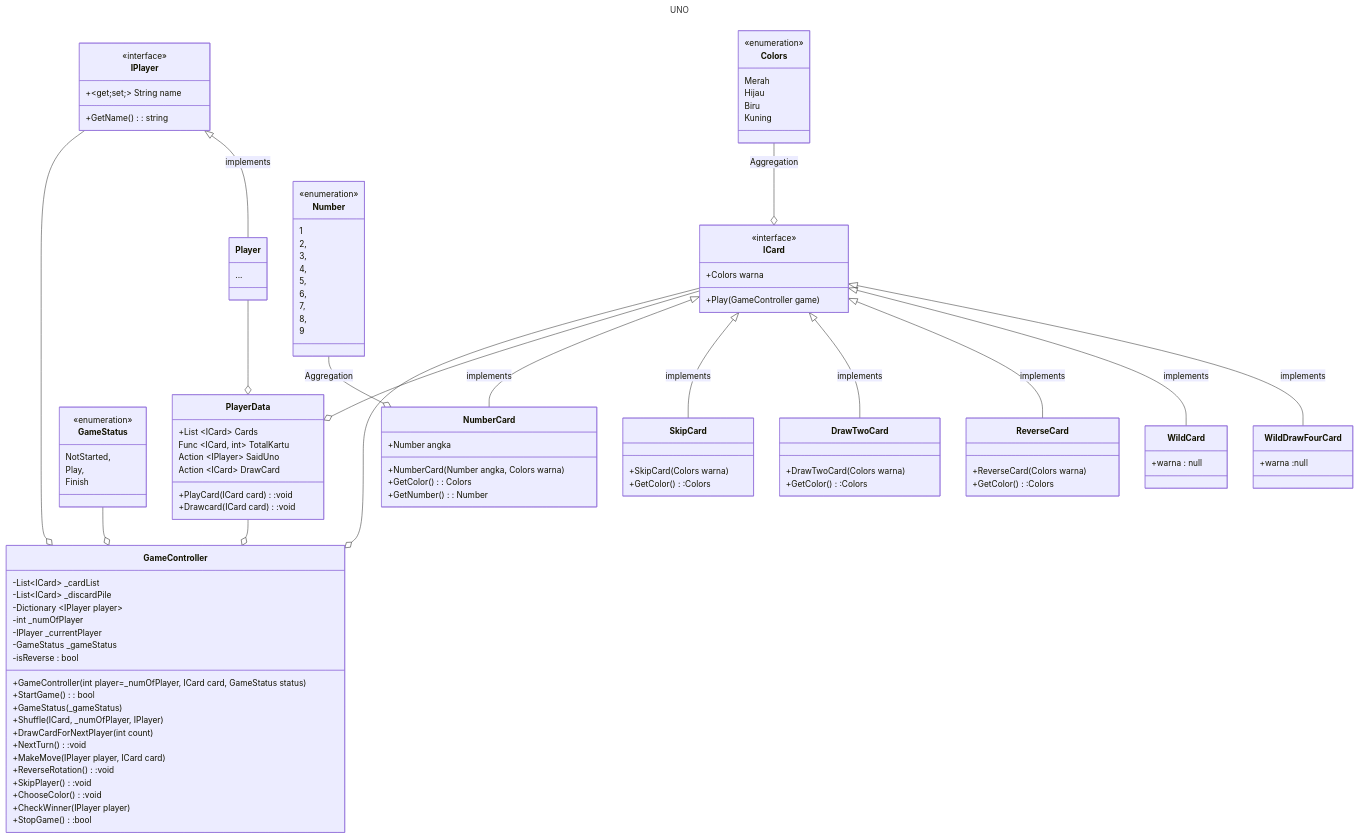
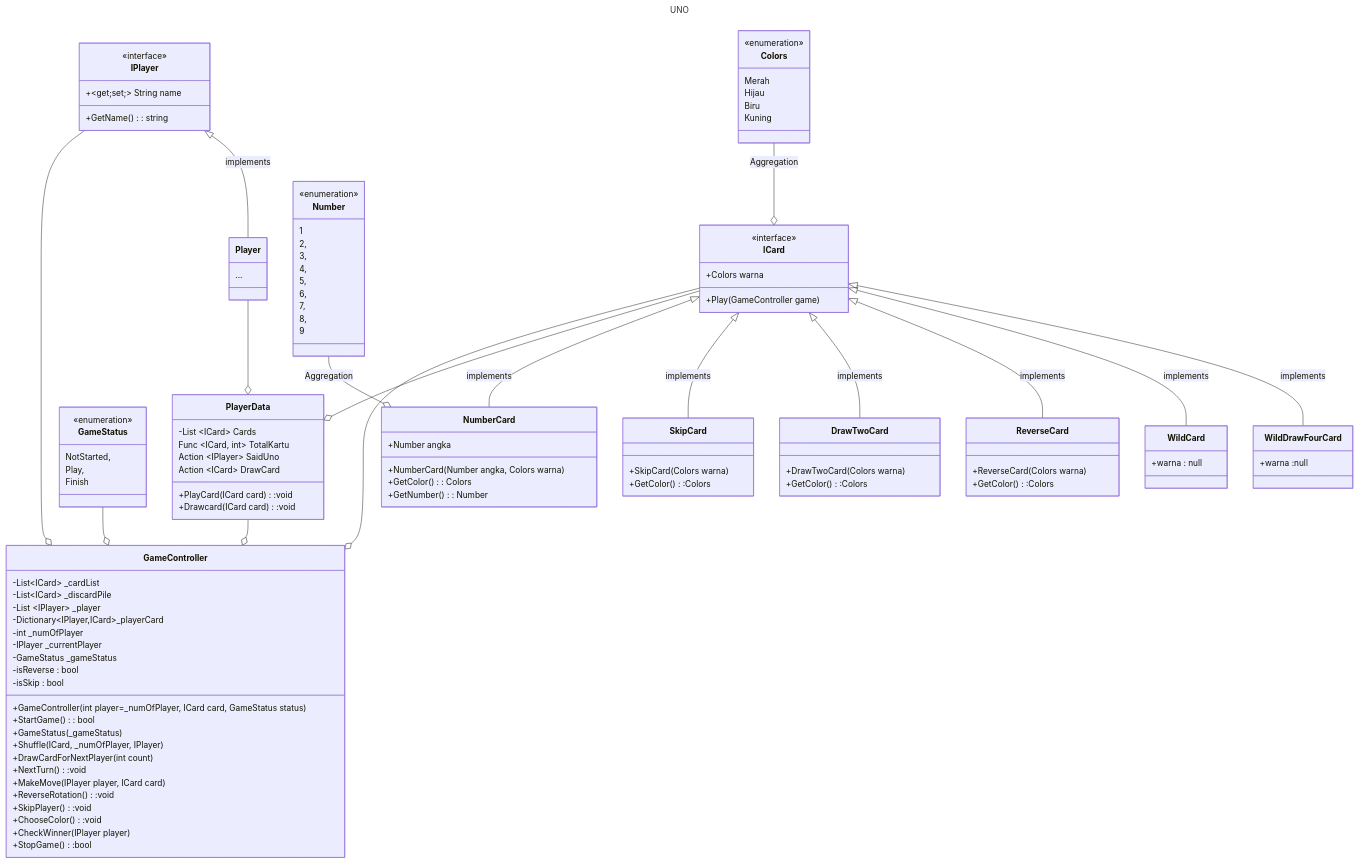
The diagram in Project/ClassDiagram.md (githubBella2/Bella_Bootcamp), drawn with Mermaid before and after one commit. The commit also changed 1 other file, not shown here.

Commit message:
uno uml2

```diff
--- a/Project/ClassDiagram.md
+++ b/Project/ClassDiagram.md
@@ -29,11 +29,13 @@
     class GameController{
         -List~ICard~ _cardList
         -List~ICard~ _discardPile 
-        -Dictionary ~IPlayer player~
+        -List ~IPlayer~ _player
+        -Dictionary~IPlayer,ICard~_playerCard
         -int _numOfPlayer
         -IPlayer _currentPlayer 
         -GameStatus _gameStatus
         -isReverse : bool
+        -isSkip : bool
         +GameController(int player=_numOfPlayer, ICard card, GameStatus status)
         +StartGame() : bool
         +GameStatus(_gameStatus)
@@ -61,7 +63,7 @@
     }
     
     class PlayerData{
-        +List ~ICard~ Cards
+        -List ~ICard~ Cards
         Func ~ICard, int~ TotalKartu 
         Action ~IPlayer~ SaidUno
         Action ~ICard~ DrawCard
```
